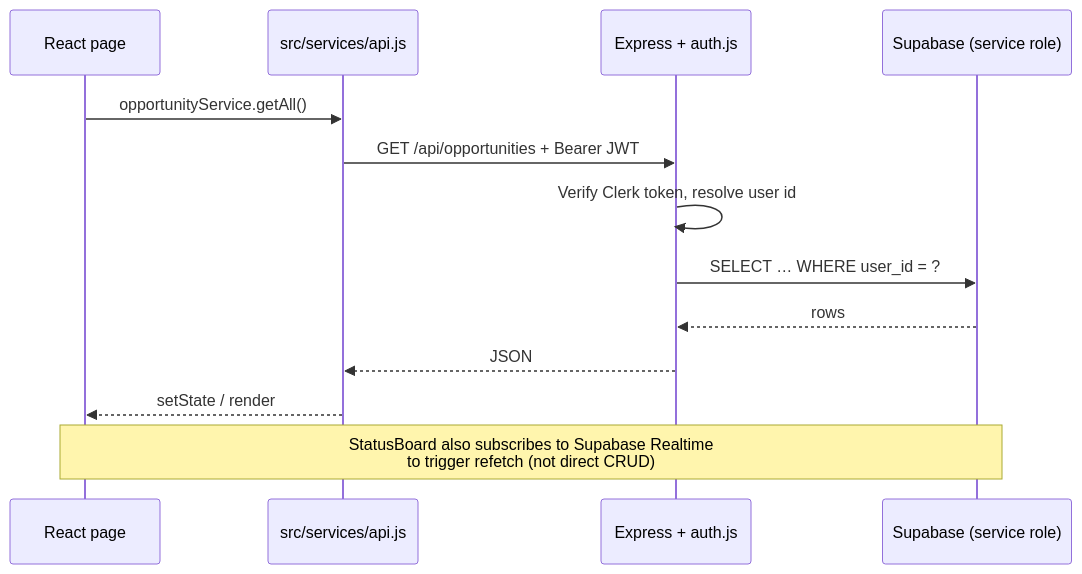
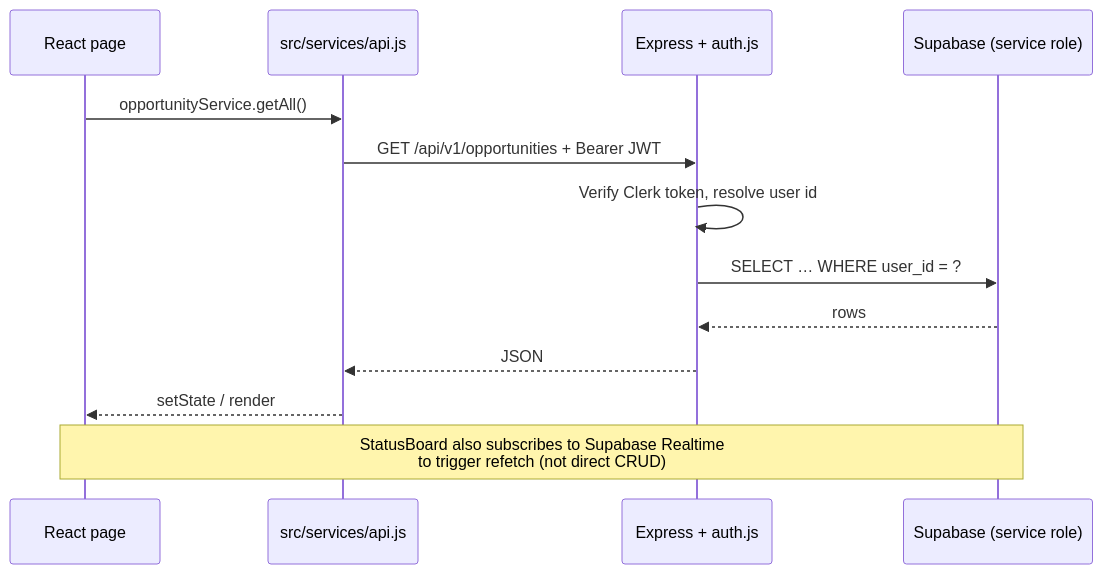
One commit to Venkat-Kolasani/FutureStack changed the diagram in docs/CODEBASE_GUIDE.md. Above: the diagram before and after it, drawn with Mermaid. The commit also changed other lines of this file and 14 other files, not shown here.

````diff
--- a/docs/CODEBASE_GUIDE.md
+++ b/docs/CODEBASE_GUIDE.md
@@ -54,17 +54,17 @@
 ```mermaid
 sequenceDiagram
     participant R as React page
     participant A as src/services/api.js
     participant E as Express + auth.js
     participant S as Supabase (service role)
 
     R->>A: opportunityService.getAll()
-    A->>E: GET /api/opportunities + Bearer JWT
+    A->>E: GET /api/v1/opportunities + Bearer JWT
     E->>E: Verify Clerk token, resolve user id
     E->>S: SELECT … WHERE user_id = ?
     S-->>E: rows
     E-->>A: JSON
     A-->>R: setState / render
 
     Note over R,S: StatusBoard also subscribes to Supabase Realtime<br/>to trigger refetch (not direct CRUD)
 ```
````
